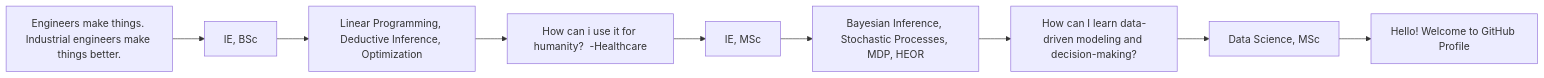
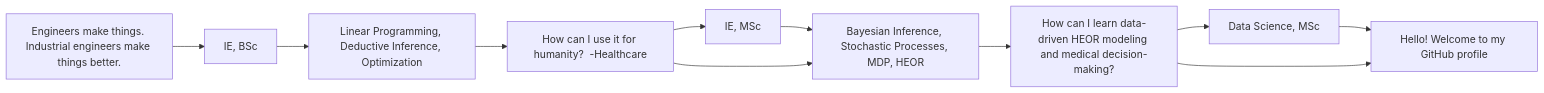
One commit to eminsin/eminsin changed the diagram in README.md. Above: the diagram before and after it, drawn with Mermaid.

Commit message:
Fix typos and improve phrasing  in the mermaid graph
fixed typos and improved the mermaid graph

````diff
--- a/README.md
+++ b/README.md
@@ -47,11 +47,13 @@
 ```mermaid
 graph LR
     A["Engineers make things. Industrial engineers make things better."] --> B["IE, BSc"];
     B --> C["Linear Programming, Deductive Inference, Optimization"];
-    C --> D["How can i use it for humanity?  -Healthcare"];
+    C --> D["How can I use it for humanity?  -Healthcare"];
     D --> E["IE, MSc"];
     E --> F["Bayesian Inference, Stochastic Processes, MDP, HEOR"];
-    F --> G["How can I learn data-driven modeling and decision-making?"];
+    D --> F;
+    F --> G["How can I learn data-driven HEOR modeling and medical decision-making?"];
     G --> H["Data Science, MSc"];
-    H --> I["Hello! Welcome to GitHub Profile"];
+    H --> I["Hello! Welcome to my GitHub profile"];
+    G --> I;
 ```
````
